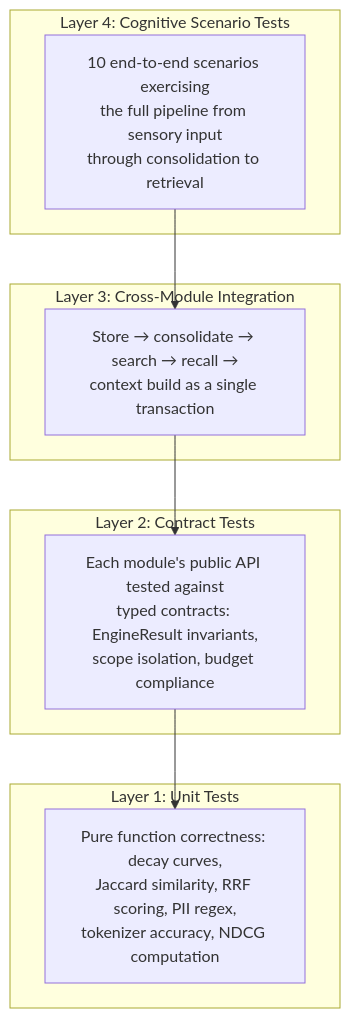
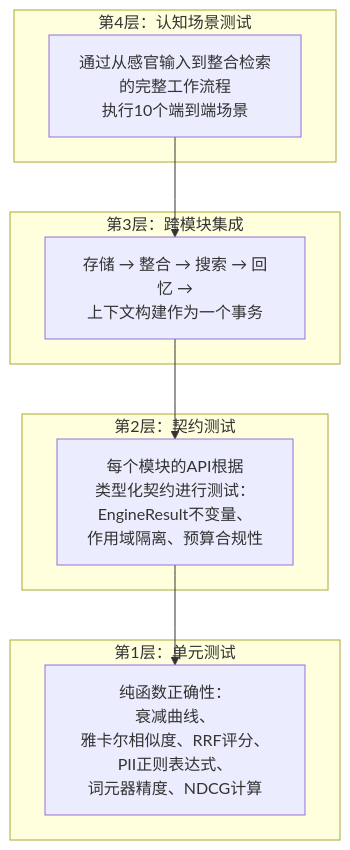
Diagram 18 of 20 in docs/research/zh/engram.md (WeiLinCool/openpawz), drawn with Mermaid before and after one commit. The commit also changed other lines of this file and 7 other files, not shown here.

````diff
--- a/docs/research/zh/engram.md
+++ b/docs/research/zh/engram.md
@@ -1667,16 +1666,16 @@
 ```mermaid
 graph TB
-    subgraph "Layer 4: Cognitive Scenario Tests"
-        L4["10 end-to-end scenarios exercising<br/>the full pipeline from sensory input<br/>through consolidation to retrieval"]
+    subgraph "第4层：认知场景测试"
+        L4["通过从感官输入到整合检索<br/>的完整工作流程<br/>执行10个端到端场景"]
     end
-    subgraph "Layer 3: Cross-Module Integration"
-        L3["Store → consolidate → search → recall →<br/>context build as a single transaction"]
+    subgraph "第3层：跨模块集成"
+        L3["存储 → 整合 → 搜索 → 回忆 →<br/>上下文构建作为一个事务"]
     end
-    subgraph "Layer 2: Contract Tests"
-        L2["Each module's public API tested against<br/>typed contracts: EngineResult invariants,<br/>scope isolation, budget compliance"]
+    subgraph "第2层：契约测试"
+        L2["每个模块的API根据<br/>类型化契约进行测试：<br/>EngineResult不变量、<br/>作用域隔离、预算合规性"]
     end
-    subgraph "Layer 1: Unit Tests"
-        L1["Pure function correctness: decay curves,<br/>Jaccard similarity, RRF scoring, PII regex,<br/>tokenizer accuracy, NDCG computation"]
+    subgraph "第1层：单元测试"
+        L1["纯函数正确性：<br/>衰减曲线、<br/>雅卡尔相似度、RRF评分、PII正则表达式、<br/>词元器精度、NDCG计算"]
     end
     L4 --> L3 --> L2 --> L1
 ```
````
